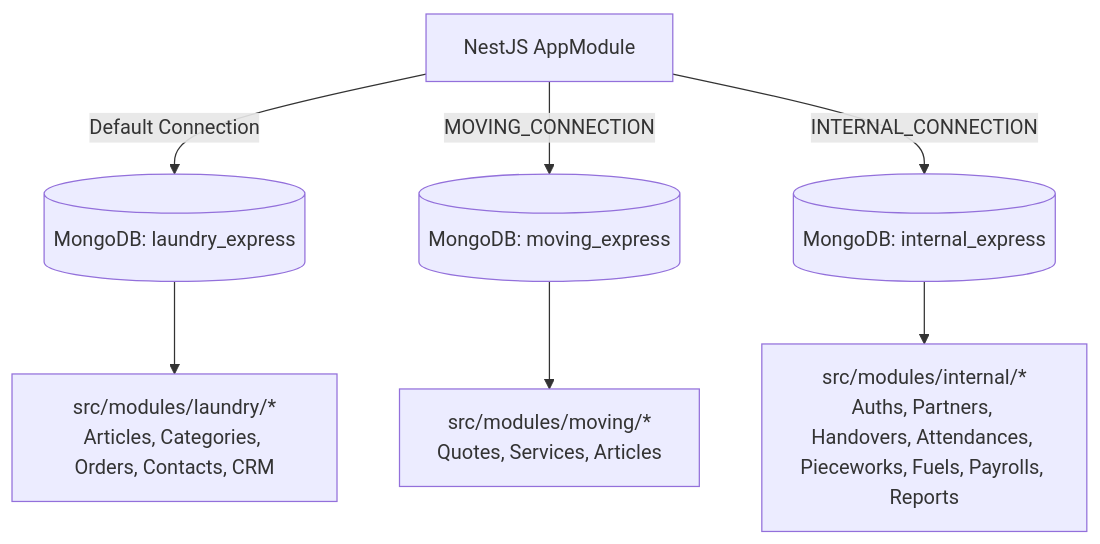
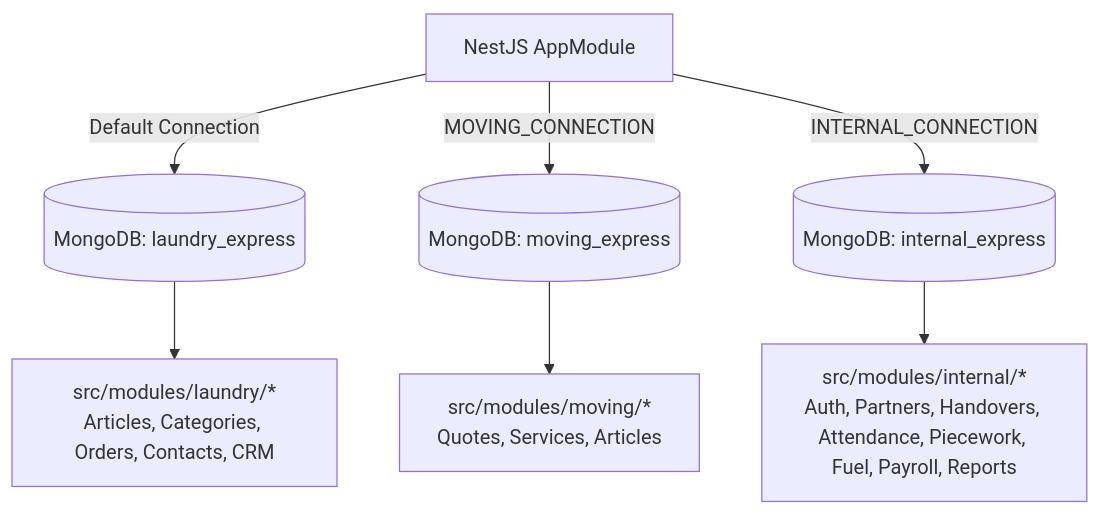
Before and after one commit to huyhoang011004/Project_Thanh_Xuan_Company: the first of 2 diagrams in .agents/docs/srs_sdd/srs_sdd_backend.md, drawn with Mermaid. The commit also changed other lines of this file and 6 other files, not shown here.

````diff
--- a/.agents/docs/srs_sdd/srs_sdd_backend.md
+++ b/.agents/docs/srs_sdd/srs_sdd_backend.md
@@ -132,12 +133,12 @@
 ```mermaid
 graph TD
     AppModule[NestJS AppModule]
     
     AppModule -->|Default Connection| DB_Laundry[(MongoDB: laundry_express)]
     AppModule -->|MOVING_CONNECTION| DB_Moving[(MongoDB: moving_express)]
     AppModule -->|INTERNAL_CONNECTION| DB_Internal[(MongoDB: internal_express)]
     
     DB_Laundry --> Mod_Laundry[src/modules/laundry/*<br/>Articles, Categories, Orders, Contacts, CRM]
     DB_Moving --> Mod_Moving[src/modules/moving/*<br/>Quotes, Services, Articles]
-    DB_Internal --> Mod_Internal[src/modules/internal/*<br/>Auths, Partners, Handovers, Attendances, Pieceworks, Fuels, Payrolls, Reports]
+    DB_Internal --> Mod_Internal[src/modules/internal/*<br/>Auth, Partners, Handovers, Attendance, Piecework, Fuel, Payroll, Reports]
 ```
````
